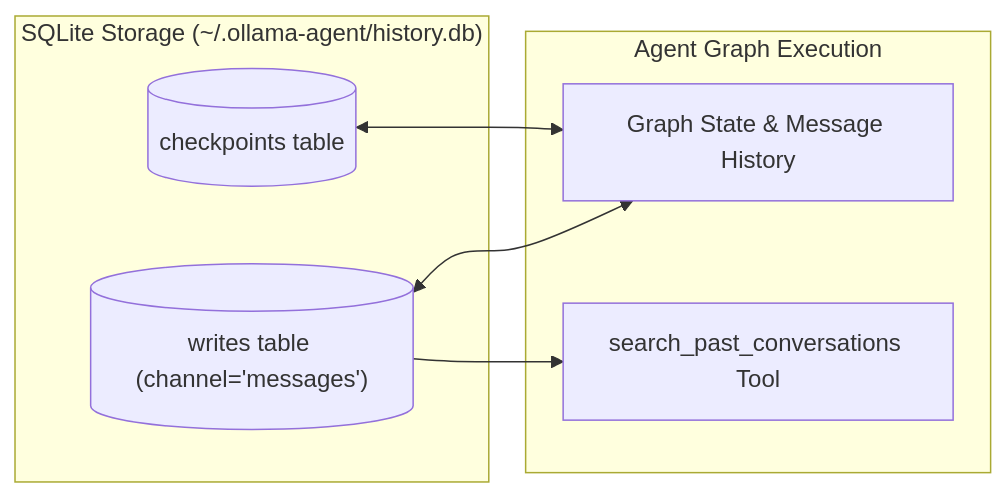
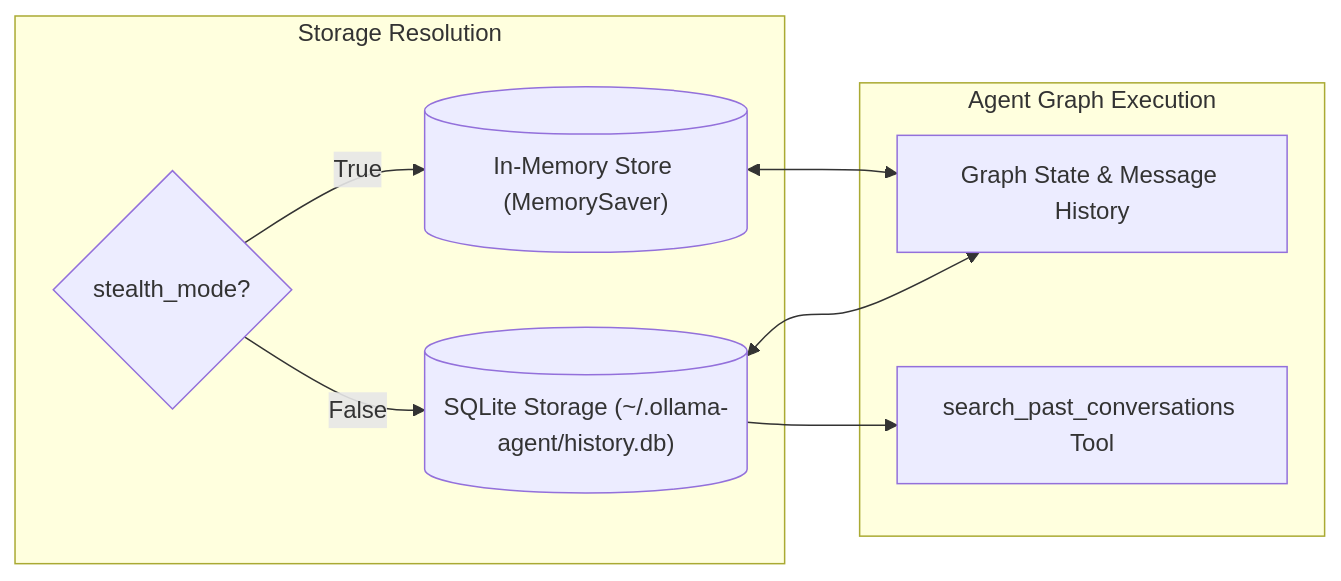
The fourth of 8 diagrams in docs/architecture.md (arrase/ollama-agent), drawn with Mermaid before and after one commit. The commit also changed other lines of this file and 3 other files, not shown here.

Commit message:
docs: update README and docs for stealth mode and dual visual indicators

````diff
--- a/docs/architecture.md
+++ b/docs/architecture.md
@@ -127,16 +129,19 @@
 ```mermaid
 flowchart LR
-    subgraph Storage ["SQLite Storage (~/.ollama-agent/history.db)"]
-        Checkpoints[("checkpoints table")]
-        Writes[("writes table (channel='messages')")]
+    subgraph Storage ["Storage Resolution"]
+        CheckpointerDecision{"stealth_mode?"}
+        SqliteDB[("SQLite Storage (~/.ollama-agent/history.db)")]
+        MemStore[("In-Memory Store (MemorySaver)")]
+        CheckpointerDecision -- False --> SqliteDB
+        CheckpointerDecision -- True --> MemStore
     end
 
     subgraph Runtime ["Agent Graph Execution"]
         GraphState["Graph State & Message History"]
         EpisodicSearch["search_past_conversations Tool"]
     end
 
-    Checkpoints <--> GraphState
-    Writes <--> GraphState
-    Writes --> EpisodicSearch
+    SqliteDB <--> GraphState
+    MemStore <--> GraphState
+    SqliteDB --> EpisodicSearch
 ```
````
